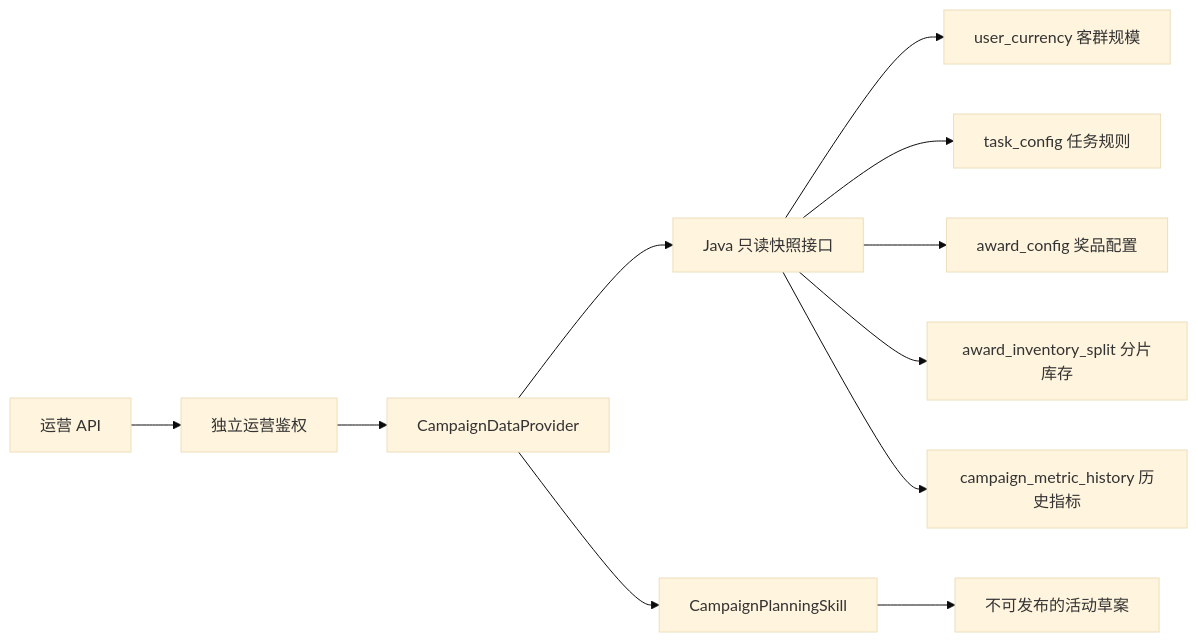
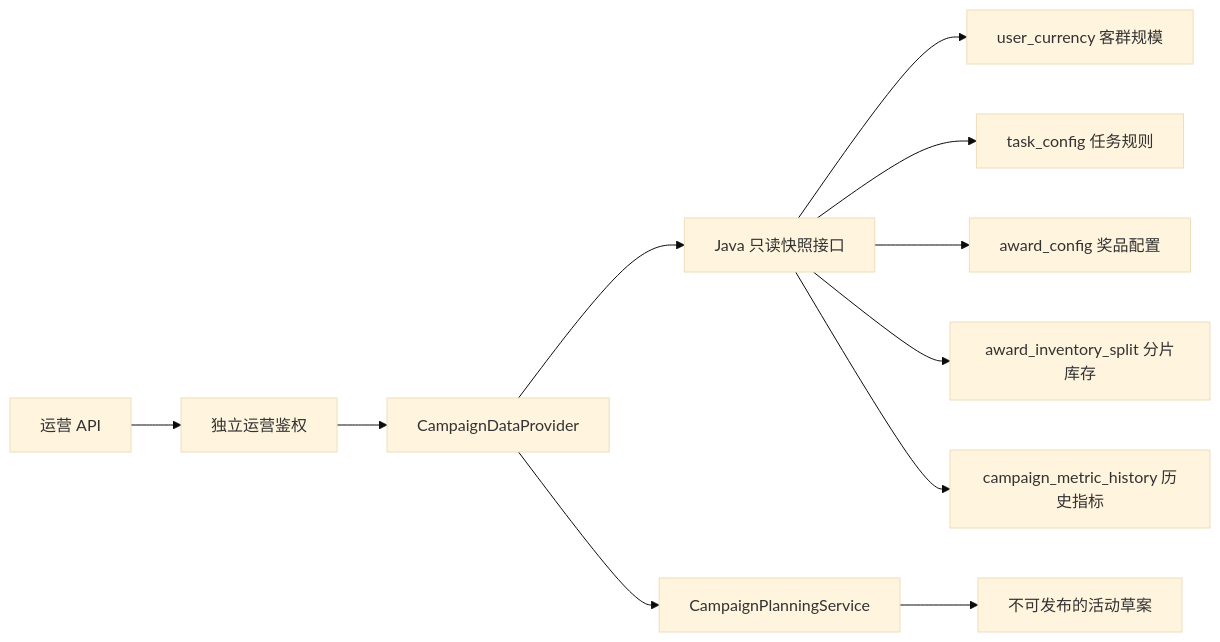
Before and after one commit to 2549704486a/java: the diagram in docs/agent-design/38_运营身份与真实只读快照.md, drawn with Mermaid (base theme). The commit also changed 27 other files, not shown here.

````diff
--- a/docs/agent-design/38_运营身份与真实只读快照.md
+++ b/docs/agent-design/38_运营身份与真实只读快照.md
@@ -29,13 +29,13 @@
 ```mermaid
 flowchart LR
     A[运营 API] --> B[独立运营鉴权]
     B --> C[CampaignDataProvider]
     C --> D[Java 只读快照接口]
     D --> E[user_currency 客群规模]
     D --> F[task_config 任务规则]
     D --> G[award_config 奖品配置]
     D --> H[award_inventory_split 分片库存]
     D --> I[campaign_metric_history 历史指标]
-    C --> J[CampaignPlanningSkill]
+    C --> J[CampaignPlanningService]
     J --> K[不可发布的活动草案]
 ```
````
